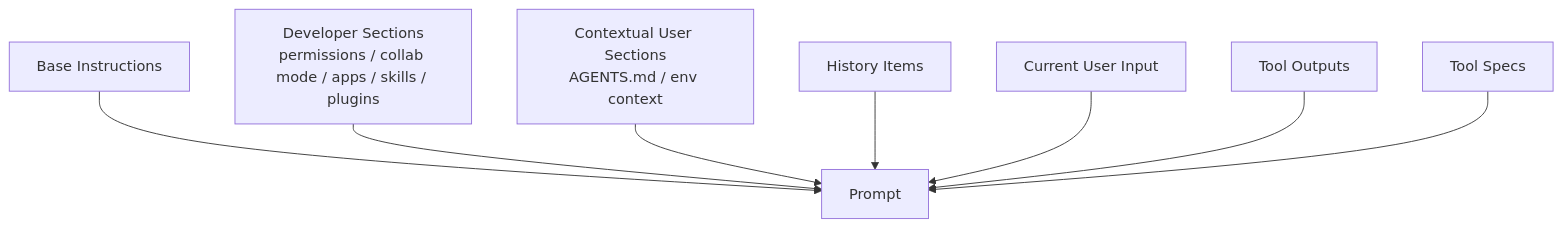
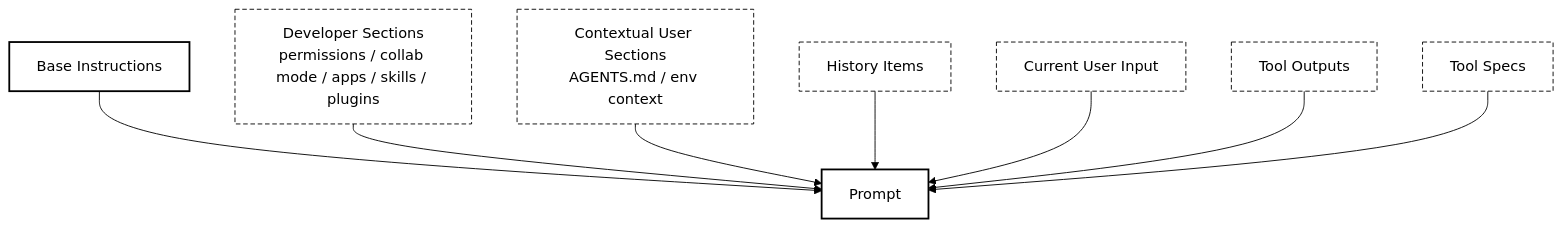
The fourth of 5 diagrams in agentic_workflow/codex_agentic_workflow/README.md (inputhacker/KnowledgeBase), drawn with Mermaid before and after one commit. The commit also changed other lines of this file and 1 other file, not shown here.

Commit message:
docs: improve mermaid contrast in Codex workflow docs

````diff
--- a/agentic_workflow/codex_agentic_workflow/README.md
+++ b/agentic_workflow/codex_agentic_workflow/README.md
@@ -132,19 +156,26 @@
 ```mermaid
+%%{init: {"theme":"base","themeVariables":{"primaryColor":"#ffffff","primaryTextColor":"#000000","primaryBorderColor":"#000000","lineColor":"#000000","secondaryColor":"#ffffff","tertiaryColor":"#ffffff","clusterBkg":"#ffffff","clusterBorder":"#000000","edgeLabelBackground":"#ffffff"}}}%%
 flowchart TD
     B[Base Instructions]
     D[Developer Sections<br/>permissions / collab mode / apps / skills / plugins]
     U[Contextual User Sections<br/>AGENTS.md / env context]
     H[History Items]
     I[Current User Input]
     O[Tool Outputs]
     TS[Tool Specs]
     P[Prompt]
 
     B --> P
     D --> P
     U --> P
     H --> P
     I --> P
     O --> P
     TS --> P
+
+    classDef plain fill:#fff,stroke:#000,color:#000,stroke-width:1px;
+    classDef focus fill:#fff,stroke:#000,color:#000,stroke-width:2px;
+    classDef dashed fill:#fff,stroke:#000,color:#000,stroke-dasharray: 5 3;
+    class B,P focus;
+    class D,U,H,I,O,TS dashed;
 ```
````
